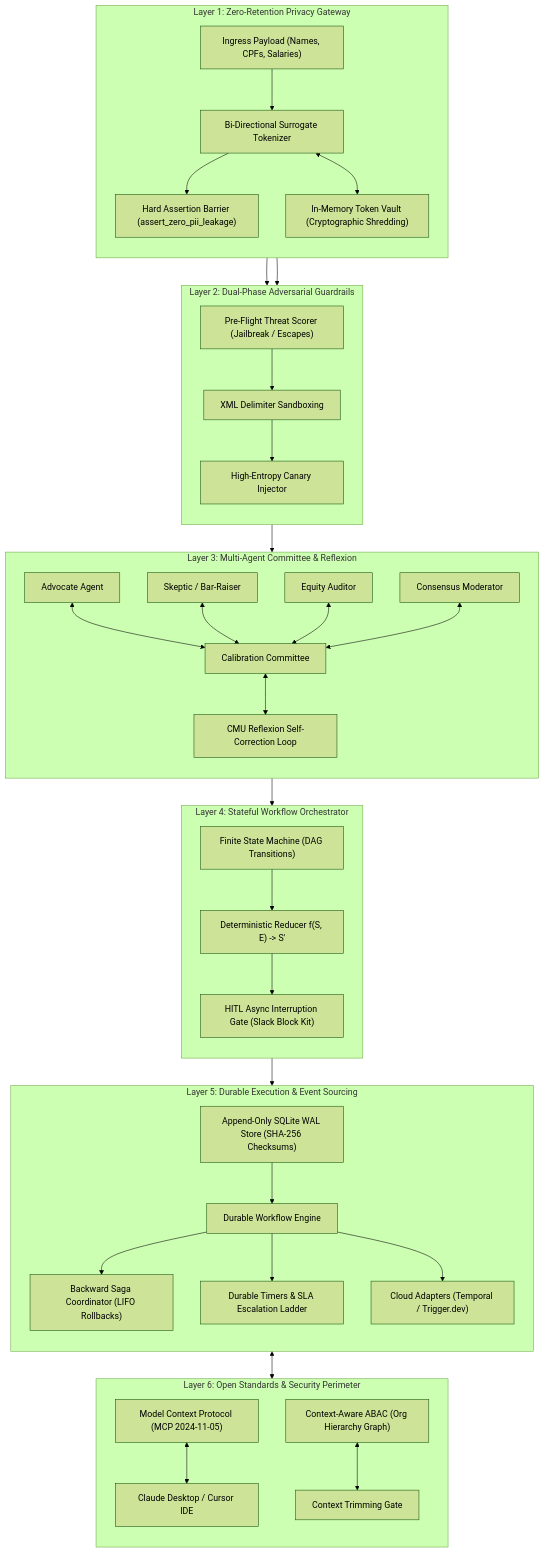
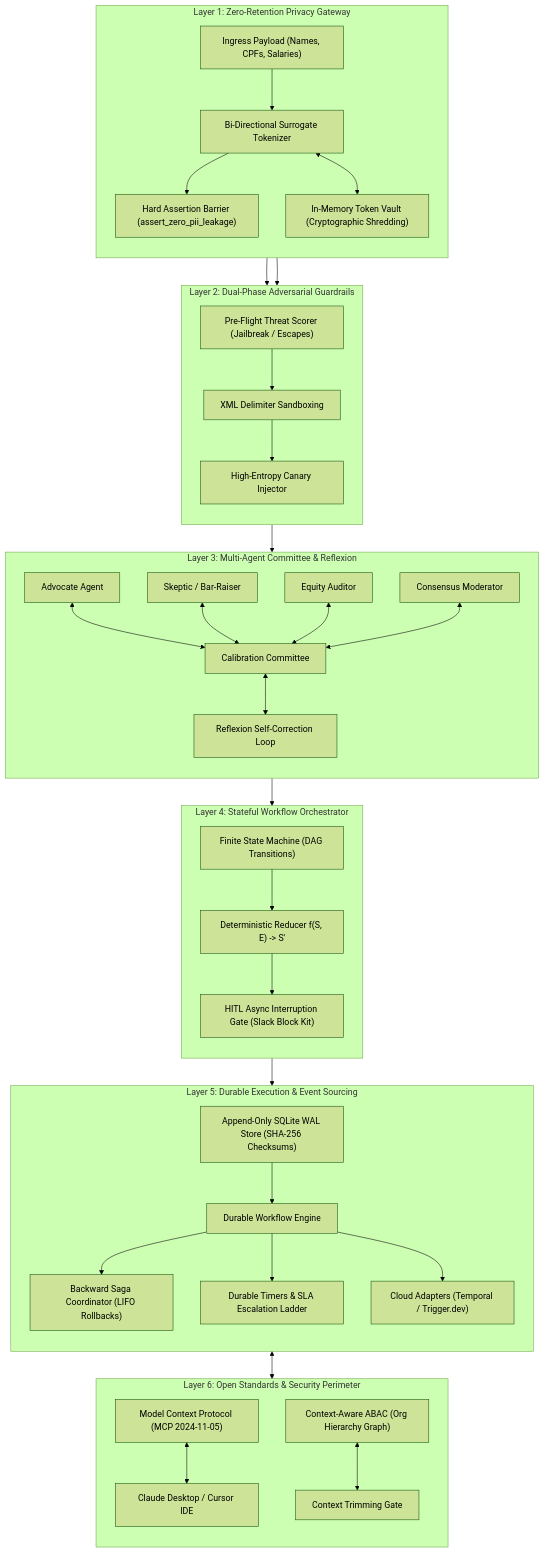
The first of 6 diagrams in docs/ARTICLES/architecting-enterprise-multi-agent-governance.md (pedrogriff/people-agent-mesh), drawn with Mermaid (forest theme) before and after one commit. The commit also changed other lines of this file and 16 other files, not shown here.

````diff
--- a/docs/ARTICLES/architecting-enterprise-multi-agent-governance.md
+++ b/docs/ARTICLES/architecting-enterprise-multi-agent-governance.md
@@ -68,51 +68,51 @@
 ```mermaid
 flowchart TD
     subgraph L1["Layer 1: Zero-Retention Privacy Gateway"]
         direction TB
         RawInput["Ingress Payload (Names, CPFs, Salaries)"] --> Tokenizer["Bi-Directional Surrogate Tokenizer"]
         Tokenizer --> PIIAssert["Hard Assertion Barrier (assert_zero_pii_leakage)"]
         Tokenizer <--> Vault["In-Memory Token Vault (Cryptographic Shredding)"]
     end
 
     subgraph L2["Layer 2: Dual-Phase Adversarial Guardrails"]
         direction TB
         PIIAssert --> ThreatScorer["Pre-Flight Threat Scorer (Jailbreak / Escapes)"]
         ThreatScorer --> Sandbox["XML Delimiter Sandboxing"]
         Sandbox --> CanaryGen["High-Entropy Canary Injector"]
     end
 
     subgraph L3["Layer 3: Multi-Agent Committee & Reflexion"]
         direction TB
         Advocate["Advocate Agent"] <--> CommitteeEngine["Calibration Committee"]
         Skeptic["Skeptic / Bar-Raiser"] <--> CommitteeEngine
         Auditor["Equity Auditor"] <--> CommitteeEngine
         Moderator["Consensus Moderator"] <--> CommitteeEngine
-        CommitteeEngine <--> Reflexion["CMU Reflexion Self-Correction Loop"]
+        CommitteeEngine <--> Reflexion["Reflexion Self-Correction Loop"]
     end
 
     subgraph L4["Layer 4: Stateful Workflow Orchestrator"]
         direction TB
         FSM["Finite State Machine (DAG Transitions)"] --> Reducer["Deterministic Reducer f(S, E) -> S'"]
         Reducer --> HITL["HITL Async Interruption Gate (Slack Block Kit)"]
     end
 
     subgraph L5["Layer 5: Durable Execution & Event Sourcing"]
         direction TB
         WAL["Append-Only SQLite WAL Store (SHA-256 Checksums)"] --> Engine["Durable Workflow Engine"]
         Engine --> Saga["Backward Saga Coordinator (LIFO Rollbacks)"]
         Engine --> Timers["Durable Timers & SLA Escalation Ladder"]
         Engine --> Adapters["Cloud Adapters (Temporal / Trigger.dev)"]
     end
 
     subgraph L6["Layer 6: Open Standards & Security Perimeter"]
         direction TB
         MCP["Model Context Protocol (MCP 2024-11-05)"] <--> Clients["Claude Desktop / Cursor IDE"]
         ABAC["Context-Aware ABAC (Org Hierarchy Graph)"] <--> SecTrim["Context Trimming Gate"]
     end
 
     L1 --> L2
     L2 --> L3
     L3 --> L4
     L4 --> L5
     L5 <--> L6
 ```
````
